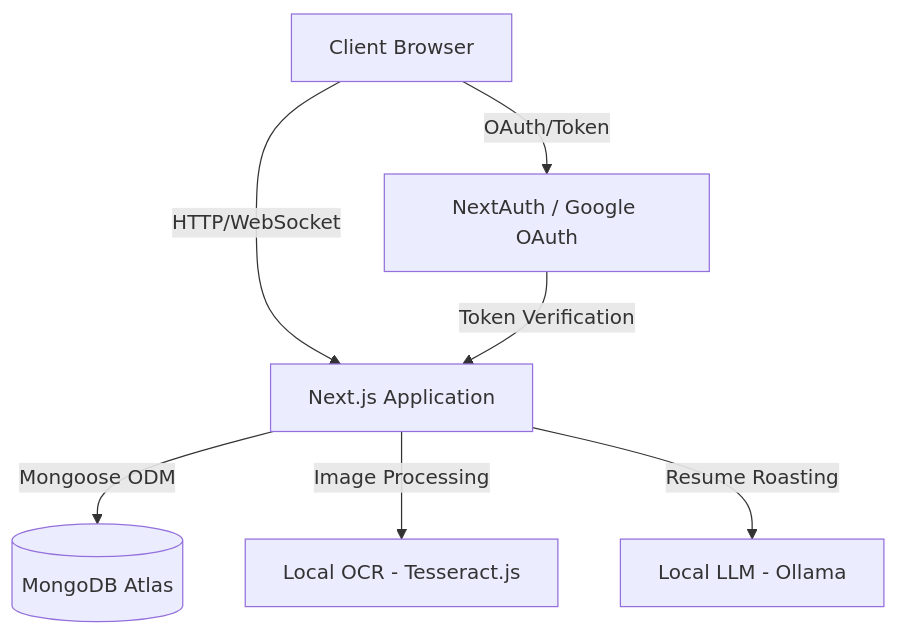
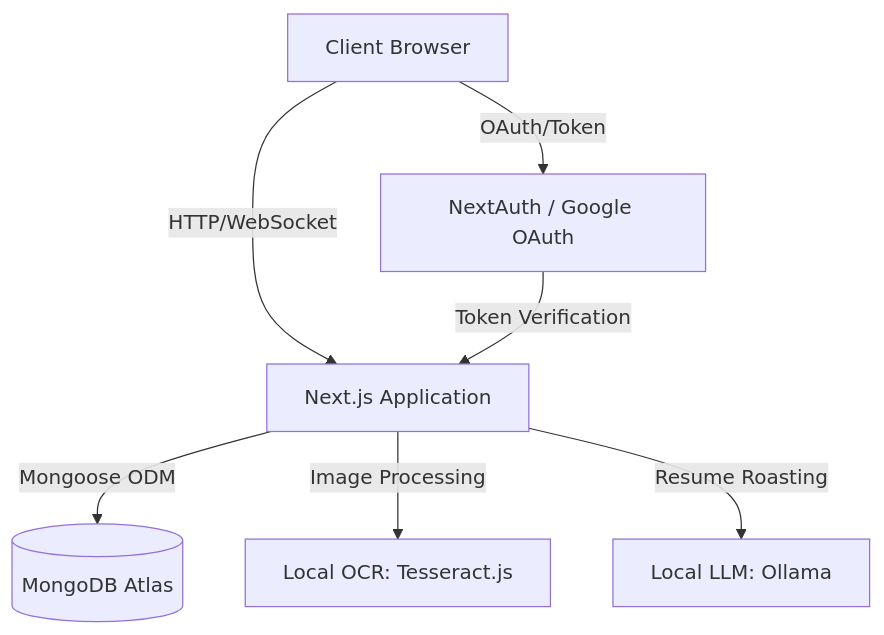
Before and after one commit to tanushbhootra576/Grid: the diagram in README.md, drawn with Mermaid. The commit also changed other lines of this file and 13 other files, not shown here.

````diff
--- a/README.md
+++ b/README.md
@@ -9,16 +9,16 @@
 ```mermaid
 graph TD
     Client[Client Browser]
     NextJS[Next.js Application]
     Auth[NextAuth / Google OAuth]
     DB[(MongoDB Atlas)]
-    Tesseract[Local OCR - Tesseract.js]
-    Ollama[Local LLM - Ollama]
+    Tesseract[Local OCR: Tesseract.js]
+    Ollama[Local LLM: Ollama]
 
     Client -->|HTTP/WebSocket| NextJS
     Client -->|OAuth/Token| Auth
     NextJS -->|Mongoose ODM| DB
     NextJS -->|Image Processing| Tesseract
     NextJS -->|Resume Roasting| Ollama
     Auth -->|Token Verification| NextJS
 ```
````
